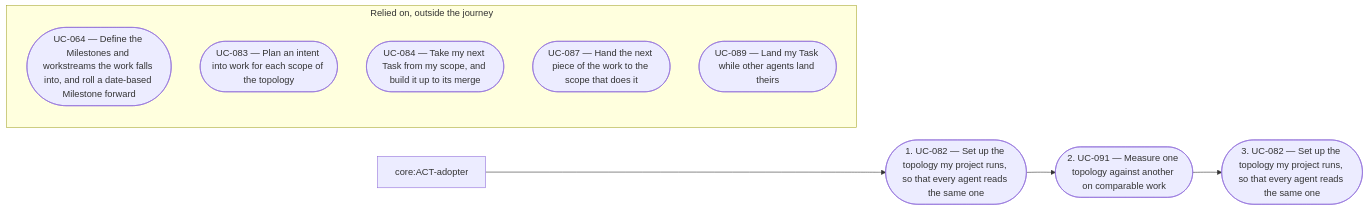
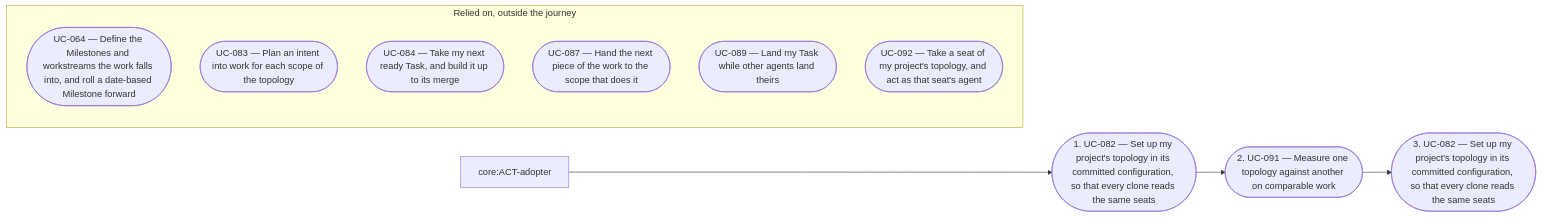
The diagram in tech-docs/analysis/project-management/overview/README.md (aleskalfas/project-kit), drawn with Mermaid before and after one commit. The commit also changed other lines of this file and 13 other files, not shown here.

First line of the commit message:
docs(pm): the parallel-work analysis takes the seats the maintainer decided

````diff
--- a/tech-docs/analysis/project-management/overview/README.md
+++ b/tech-docs/analysis/project-management/overview/README.md
@@ -141,19 +142,20 @@
 ```mermaid
 flowchart LR
   accTitle: JRN-004 — Set up the topology my project runs, and adjust it on what I measure
-  accDescr: The flow of JRN-004: core:ACT-adopter takes 3 steps in order, UC-082, UC-091, UC-082. It relies on 5 use cases outside the journey, drawn apart with no arrow.
+  accDescr: The flow of JRN-004: core:ACT-adopter takes 3 steps in order, UC-082, UC-091, UC-082. It relies on 6 use cases outside the journey, drawn apart with no arrow.
   core_ACT_adopter["core:ACT-adopter"]
-  step_1(["1. UC-082 — Set up the topology my project runs, so that every agent reads the same one"])
+  step_1(["1. UC-082 — Set up my project's topology in its committed configuration, so that every clone reads the same seats"])
   step_2(["2. UC-091 — Measure one topology against another on comparable work"])
-  step_3(["3. UC-082 — Set up the topology my project runs, so that every agent reads the same one"])
+  step_3(["3. UC-082 — Set up my project's topology in its committed configuration, so that every clone reads the same seats"])
   subgraph relies_on["Relied on, outside the journey"]
     UC_064(["UC-064 — Define the Milestones and workstreams the work falls into, and roll a date-based Milestone forward"])
     UC_083(["UC-083 — Plan an intent into work for each scope of the topology"])
-    UC_084(["UC-084 — Take my next Task from my scope, and build it up to its merge"])
+    UC_084(["UC-084 — Take my next ready Task, and build it up to its merge"])
     UC_087(["UC-087 — Hand the next piece of the work to the scope that does it"])
     UC_089(["UC-089 — Land my Task while other agents land theirs"])
+    UC_092(["UC-092 — Take a seat of my project's topology, and act as that seat's agent"])
   end
   core_ACT_adopter --> step_1
   step_1 --> step_2
   step_2 --> step_3
 ```
````
